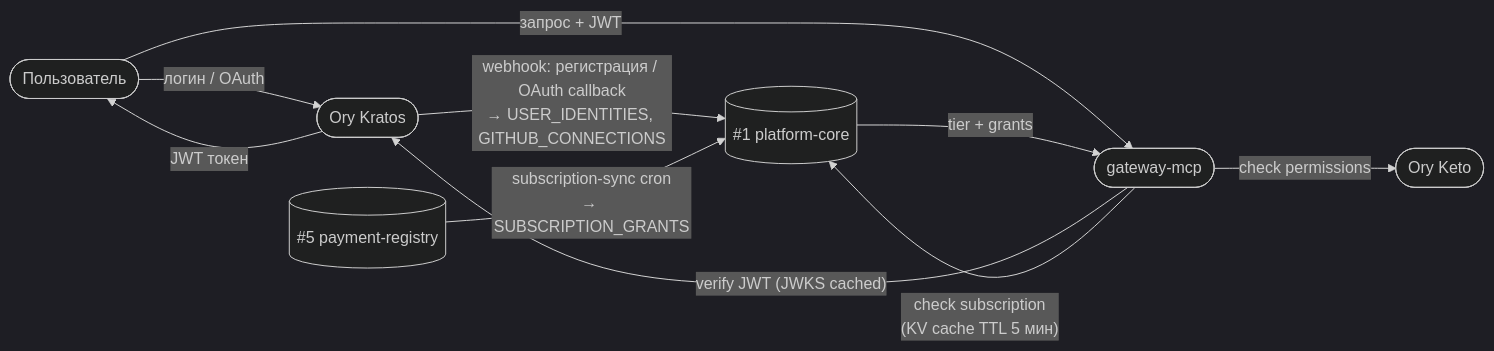
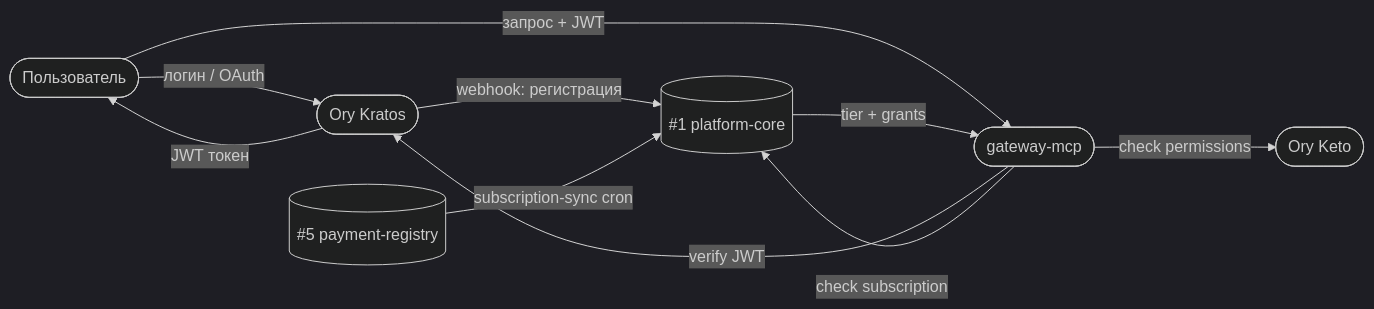
Before and after one commit to TserenTserenov/PACK-digital-platform: the first of 9 diagrams in pack/digital-platform/02-domain-entities/DP.ARCH.004-neon-data-architecture.md, drawn with Mermaid (dark theme). The commit also changed other lines of this file, not shown here.

First line of the commit message:
refactor(dp.arch.004): remove inter-DB graph, renumber §4 to 3 sections

````diff
--- a/pack/digital-platform/02-domain-entities/DP.ARCH.004-neon-data-architecture.md
+++ b/pack/digital-platform/02-domain-entities/DP.ARCH.004-neon-data-architecture.md
@@ -178,19 +149,19 @@
 ```mermaid
 graph LR
     User([Пользователь])
     Ory([Ory Kratos])
     Keto([Ory Keto])
     GW([gateway-mcp])
     PC[(#1 platform-core)]
     PR[(#5 payment-registry)]
 
     User -->|"логин / OAuth"| Ory
     Ory  -->|"JWT токен"| User
-    Ory  -->|"webhook: регистрация / OAuth callback\n→ USER_IDENTITIES, GITHUB_CONNECTIONS"| PC
+    Ory  -->|"webhook: регистрация"| PC
     User -->|"запрос + JWT"| GW
-    GW   -->|"verify JWT (JWKS cached)"| Ory
+    GW   -->|"verify JWT"| Ory
     GW   -->|"check permissions"| Keto
-    GW   -->|"check subscription\n(KV cache TTL 5 мин)"| PC
+    GW   -->|"check subscription"| PC
     PC   -->|"tier + grants"| GW
-    PR   -->|"subscription-sync cron\n→ SUBSCRIPTION_GRANTS"| PC
+    PR   -->|"subscription-sync cron"| PC
 ```
````
